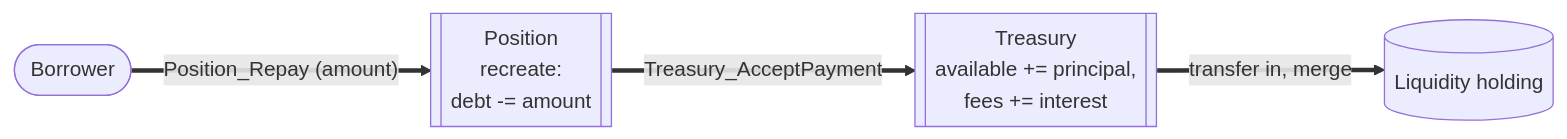
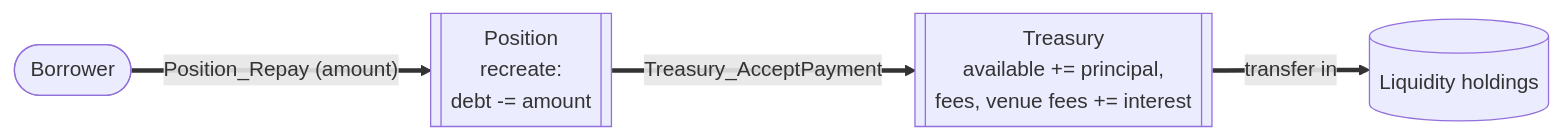
Before and after one commit to OpenZeppelin/canton-specs: the fourth of 7 diagrams in docs/reference-architectures/lending.md, drawn with Mermaid. The commit also changed other lines of this file, not shown here.

````diff
--- a/docs/reference-architectures/lending.md
+++ b/docs/reference-architectures/lending.md
@@ -301,11 +314,11 @@
 ```mermaid
 flowchart LR
     Borrower([Borrower])
     Position[["Position<br/>recreate:<br/>debt -= amount"]]
-    Treasury[["Treasury<br/>available += principal,<br/>fees += interest"]]
-    Liquidity[("Liquidity holding")]
+    Treasury[["Treasury<br/>available += principal,<br/>fees, venue fees += interest"]]
+    Liquidity[("Liquidity holdings")]
 
     Borrower ==>|"Position_Repay (amount)"| Position
     Position ==>|"Treasury_AcceptPayment"| Treasury
-    Treasury ==>|"transfer in, merge"| Liquidity
+    Treasury ==>|"transfer in"| Liquidity
 ```
````
